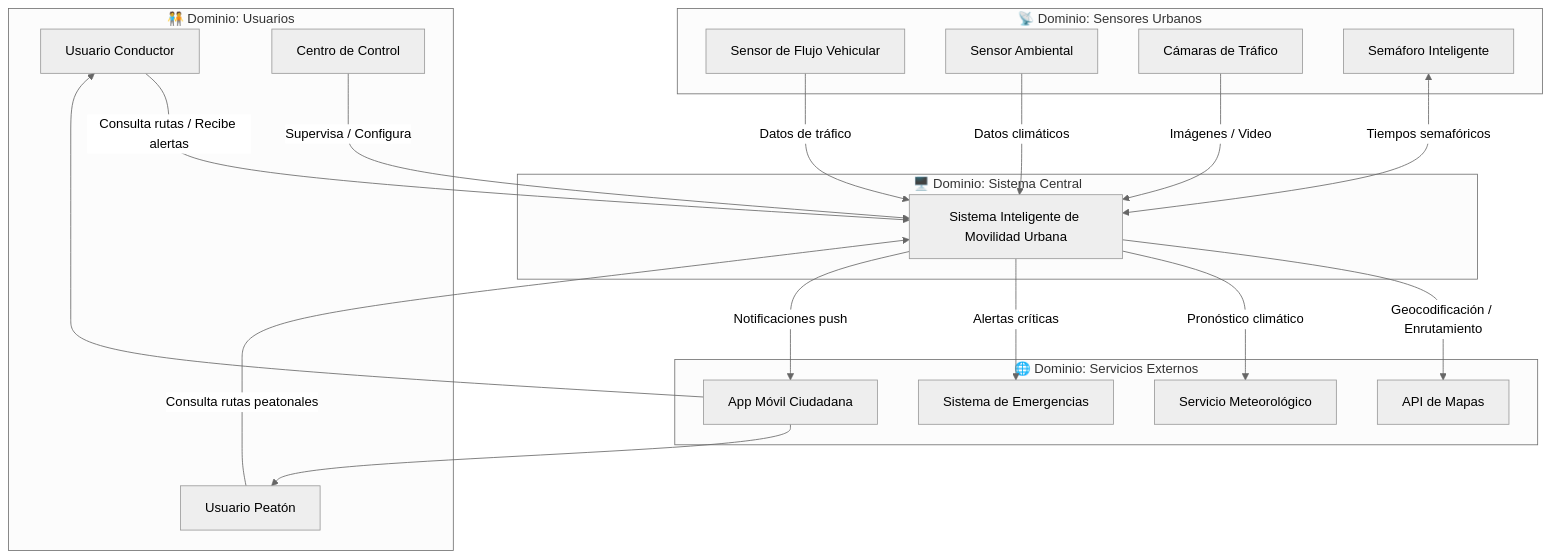
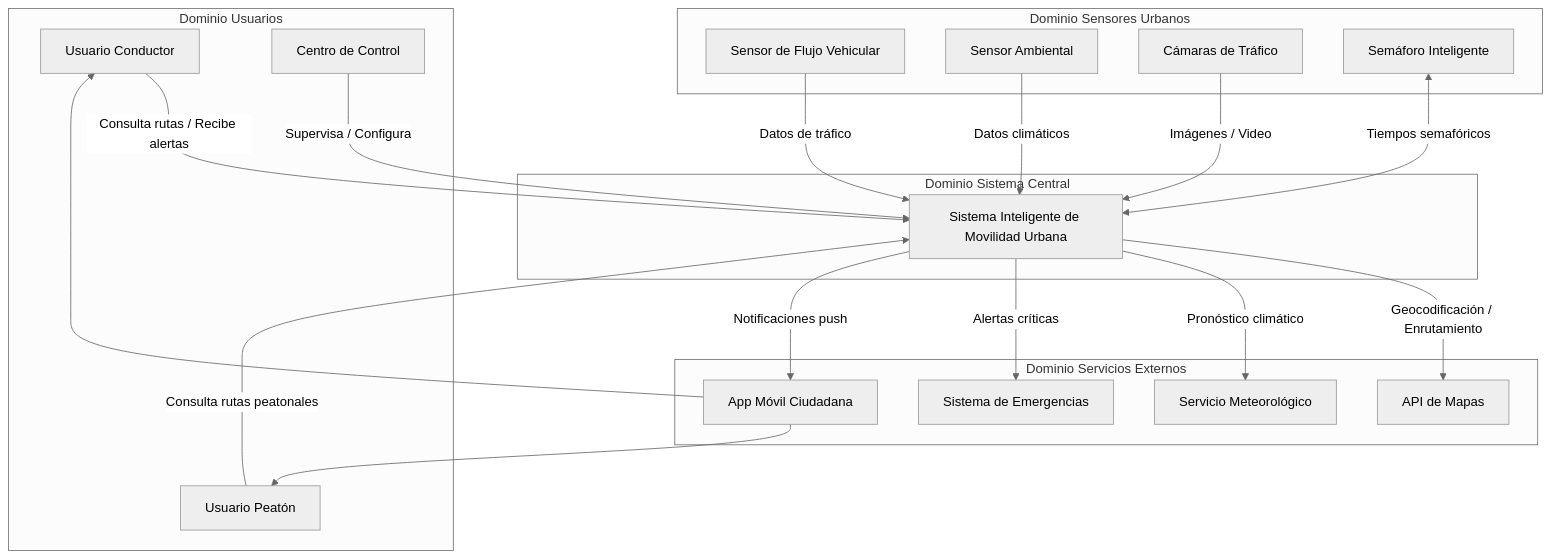
Before and after one commit to navegador10/Actividad_1_Arquitectura_Smart_Mobility: the first of 6 diagrams in README.md, drawn with Mermaid (neutral theme). The commit also changed other lines of this file, not shown here.

First line of the commit message:
Fix: Eliminar emojis de nombres de subgrafos Mermaid para compatibilidad con GitHub

````diff
--- a/README.md
+++ b/README.md
@@ -149,40 +149,40 @@
 ```mermaid
 flowchart TB
-    subgraph DOMINIO_USUARIOS["🧑‍🤝‍🧑 Dominio: Usuarios"]
+    subgraph DOMINIO_USUARIOS["Dominio Usuarios"]
         A[Usuario Conductor]
         B[Usuario Peatón]
         C[Centro de Control]
     end
 
-    subgraph DOMINIO_SENSORES["📡 Dominio: Sensores Urbanos"]
+    subgraph DOMINIO_SENSORES["Dominio Sensores Urbanos"]
         D[Sensor de Flujo Vehicular]
         E[Sensor Ambiental]
         F[Cámaras de Tráfico]
         G[Semáforo Inteligente]
     end
 
-    subgraph DOMINIO_CENTRAL["🖥️ Dominio: Sistema Central"]
+    subgraph DOMINIO_CENTRAL["Dominio Sistema Central"]
         H[Sistema Inteligente de Movilidad Urbana]
     end
 
-    subgraph DOMINIO_EXTERNOS["🌐 Dominio: Servicios Externos"]
+    subgraph DOMINIO_EXTERNOS["Dominio Servicios Externos"]
         I[API de Mapas]
         J[Servicio Meteorológico]
         K[Sistema de Emergencias]
         L[App Móvil Ciudadana]
     end
 
     A -->|Consulta rutas / Recibe alertas| H
     B -->|Consulta rutas peatonales| H
     C -->|Supervisa / Configura| H
     D -->|Datos de tráfico| H
     E -->|Datos climáticos| H
     F -->|Imágenes / Video| H
     G <-->|Tiempos semafóricos| H
     H -->|Geocodificación / Enrutamiento| I
     H -->|Pronóstico climático| J
     H -->|Alertas críticas| K
     H -->|Notificaciones push| L
     L --> A
     L --> B
 ```
````
